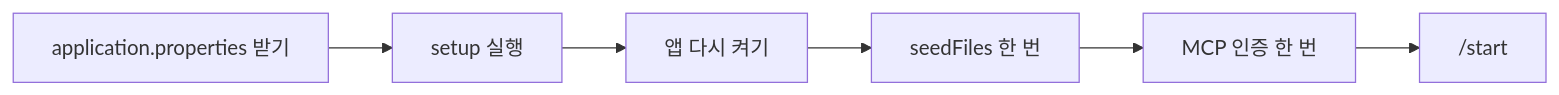
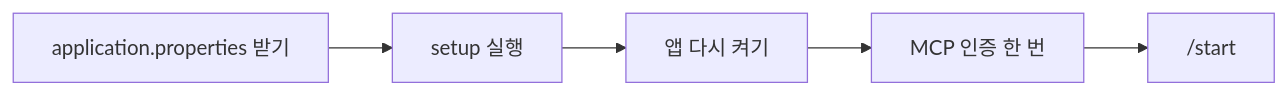
One commit to kkori-lab/nyangmeong-backend changed the first of 4 diagrams in README.md. Above: the diagram before and after it, drawn with Mermaid. The commit also changed other lines of this file and 77 other files, not shown here.

````diff
--- a/README.md
+++ b/README.md
@@ -10,4 +10,4 @@
 ```mermaid
 flowchart LR
-  E[application.properties 받기] --> A[setup 실행] --> B[앱 다시 켜기] --> F[seedFiles 한 번] --> C[MCP 인증 한 번] --> D["/start"]
+  E[application.properties 받기] --> A[setup 실행] --> B[앱 다시 켜기] --> C[MCP 인증 한 번] --> D["/start"]
 ```
````
